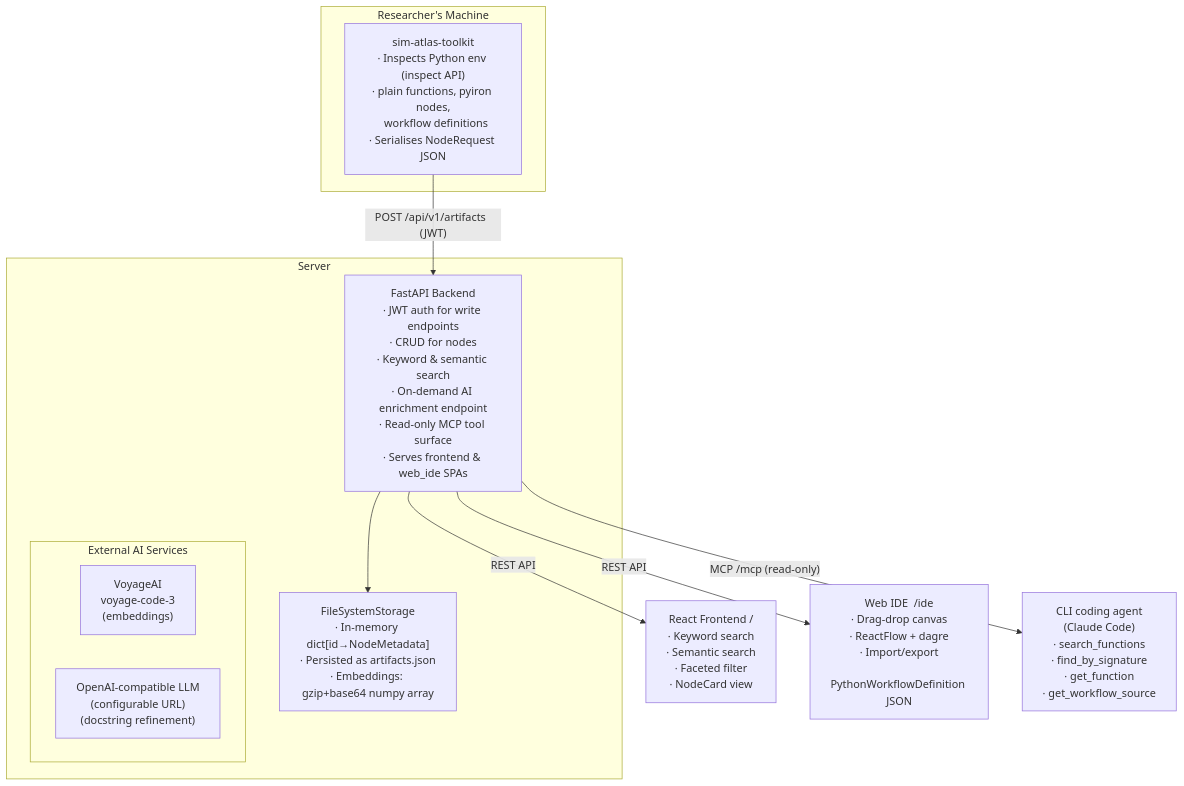
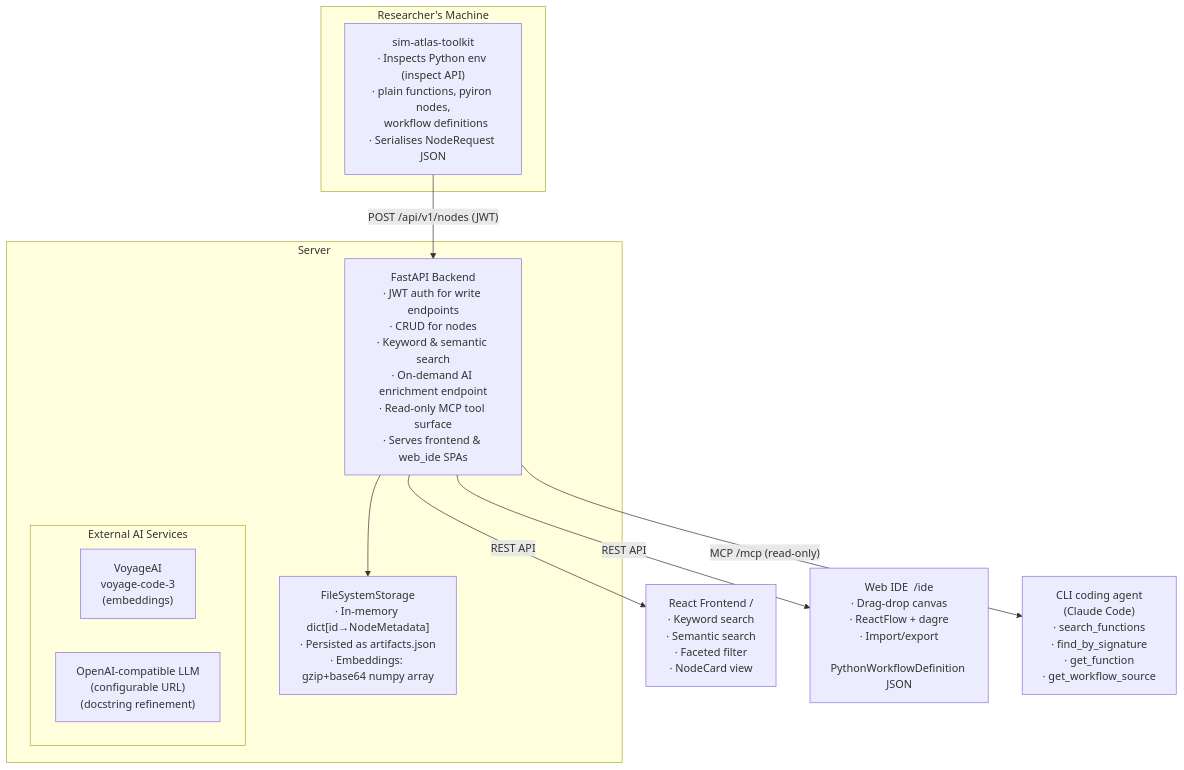
One commit to XzzX/sim_atlas changed the first of 3 diagrams in docs/architecture.md. Above: the diagram before and after it, drawn with Mermaid. The commit also changed other lines of this file and 55 other files, not shown here.

````diff
--- a/docs/architecture.md
+++ b/docs/architecture.md
@@ -53,25 +53,25 @@
 ```mermaid
 flowchart TD
     subgraph RM["Researcher's Machine"]
         T["sim-atlas-toolkit<br/>· Inspects Python env (inspect API)<br/>· plain functions, pyiron nodes,<br/>  workflow definitions<br/>· Serialises NodeRequest JSON"]
     end
 
     subgraph SRV["Server"]
         B["FastAPI Backend<br/>· JWT auth for write endpoints<br/>· CRUD for nodes<br/>· Keyword & semantic search<br/>· On-demand AI enrichment endpoint<br/>· Read-only MCP tool surface<br/>· Serves frontend & web_ide SPAs"]
         FS["FileSystemStorage<br/>· In-memory dict[id→NodeMetadata]<br/>· Persisted as artifacts.json<br/>· Embeddings: gzip+base64 numpy array"]
         subgraph AI["External AI Services"]
             V["VoyageAI<br/>voyage-code-3<br/>(embeddings)"]
             L["OpenAI-compatible LLM<br/>(configurable URL)<br/>(docstring refinement)"]
         end
     end
 
     F["React Frontend  /<br/>· Keyword search<br/>· Semantic search<br/>· Faceted filter<br/>· NodeCard view"]
     W["Web IDE  /ide<br/>· Drag-drop canvas<br/>· ReactFlow + dagre<br/>· Import/export<br/>  PythonWorkflowDefinition JSON"]
     C["CLI coding agent<br/>(Claude Code)<br/>· search_functions<br/>· find_by_signature<br/>· get_function<br/>· get_workflow_source"]
 
-    T -->|"POST /api/v1/artifacts  (JWT)"| B
+    T -->|"POST /api/v1/nodes  (JWT)"| B
     B --> FS
     B -->|"REST API"| F
     B -->|"REST API"| W
     B -->|"MCP  /mcp  (read-only)"| C
 ```
````
